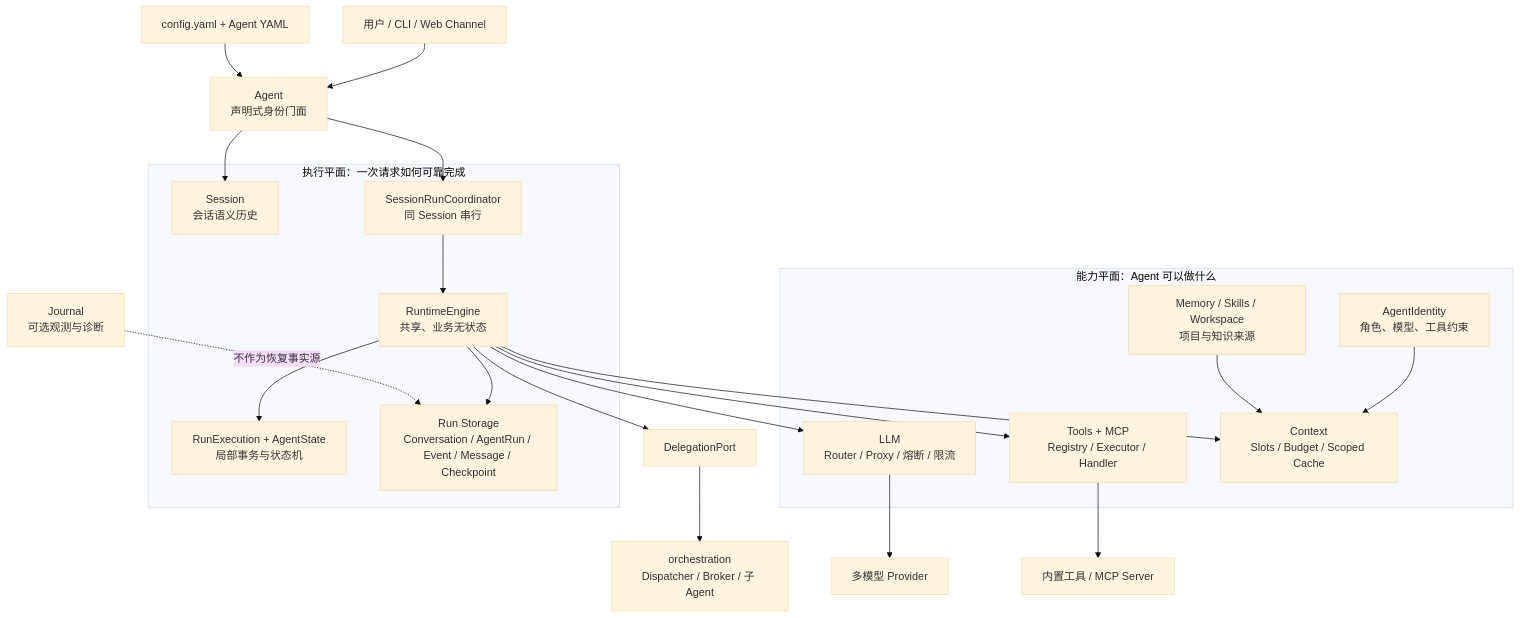
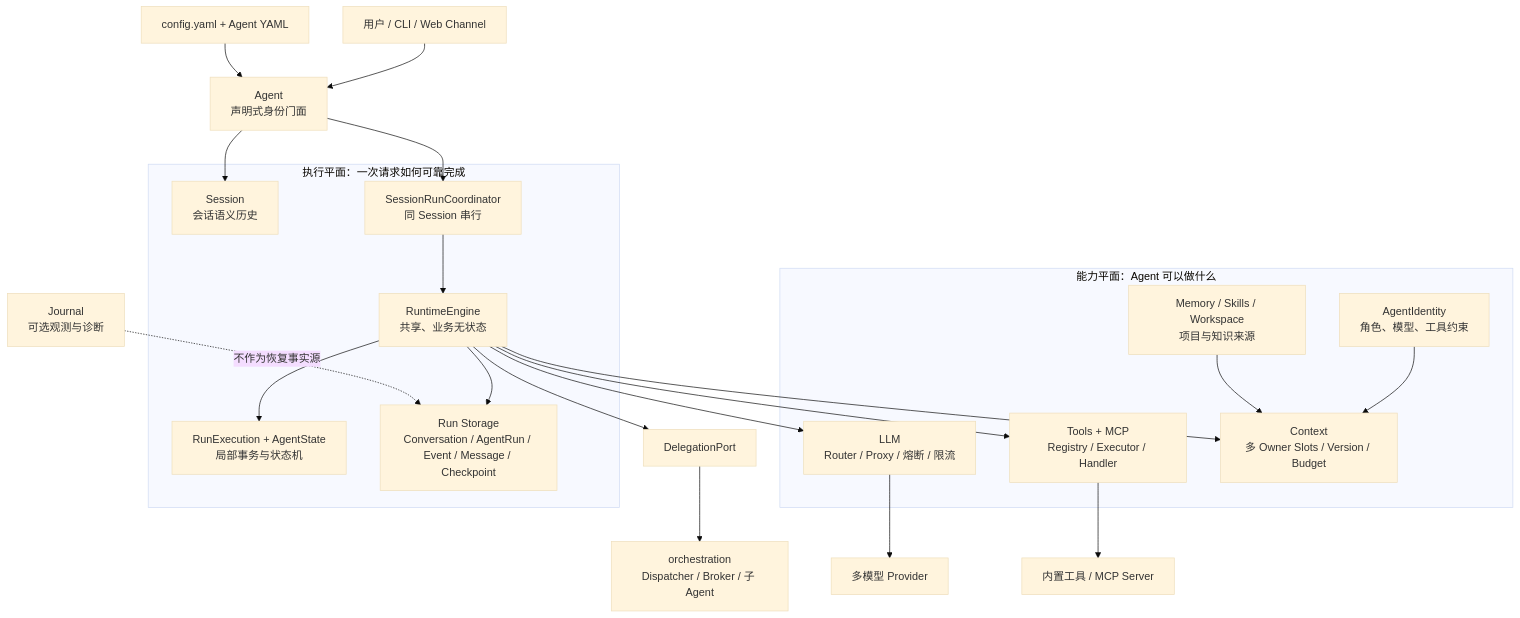
The first of 7 diagrams in README.md (aandbcct/dotClaw), drawn with Mermaid (base theme) before and after one commit. The commit also changed other lines of this file and 3 other files, not shown here.

````diff
--- a/README.md
+++ b/README.md
@@ -28,36 +28,36 @@
 ```mermaid
 flowchart TB
     User["用户 / CLI / Web Channel"] --> Agent["Agent\n声明式身份门面"]
     Config["config.yaml + Agent YAML"] --> Agent
 
     subgraph Capability["能力平面：Agent 可以做什么"]
         Identity["AgentIdentity\n角色、模型、工具约束"]
         Router["LLM\nRouter / Proxy / 熔断 / 限流"]
         Tools["Tools + MCP\nRegistry / Executor / Handler"]
-        Context["Context\nSlots / Budget / Scoped Cache"]
+        Context["Context\n多 Owner Slots / Version / Budget"]
         Knowledge["Memory / Skills / Workspace\n项目与知识来源"]
         Identity --> Context
         Knowledge --> Context
     end
 
     subgraph Execution["执行平面：一次请求如何可靠完成"]
         Session["Session\n会话语义历史"]
         Coordinator["SessionRunCoordinator\n同 Session 串行"]
         Engine["RuntimeEngine\n共享、业务无状态"]
         Run["RunExecution + AgentState\n局部事务与状态机"]
         Facts["Run Storage\nConversation / AgentRun / Event / Message / Checkpoint"]
         Coordinator --> Engine --> Run
         Engine --> Facts
     end
 
     Agent --> Session
     Agent --> Coordinator
     Engine --> Context
     Engine --> Router
     Engine --> Tools
     Engine --> Delegation["DelegationPort"]
     Delegation --> Orchestration["orchestration\nDispatcher / Broker / 子 Agent"]
     Router --> Provider["多模型 Provider"]
     Tools --> External["内置工具 / MCP Server"]
     Journal["Journal\n可选观测与诊断"] -. "不作为恢复事实源" .-> Facts
 ```
````
